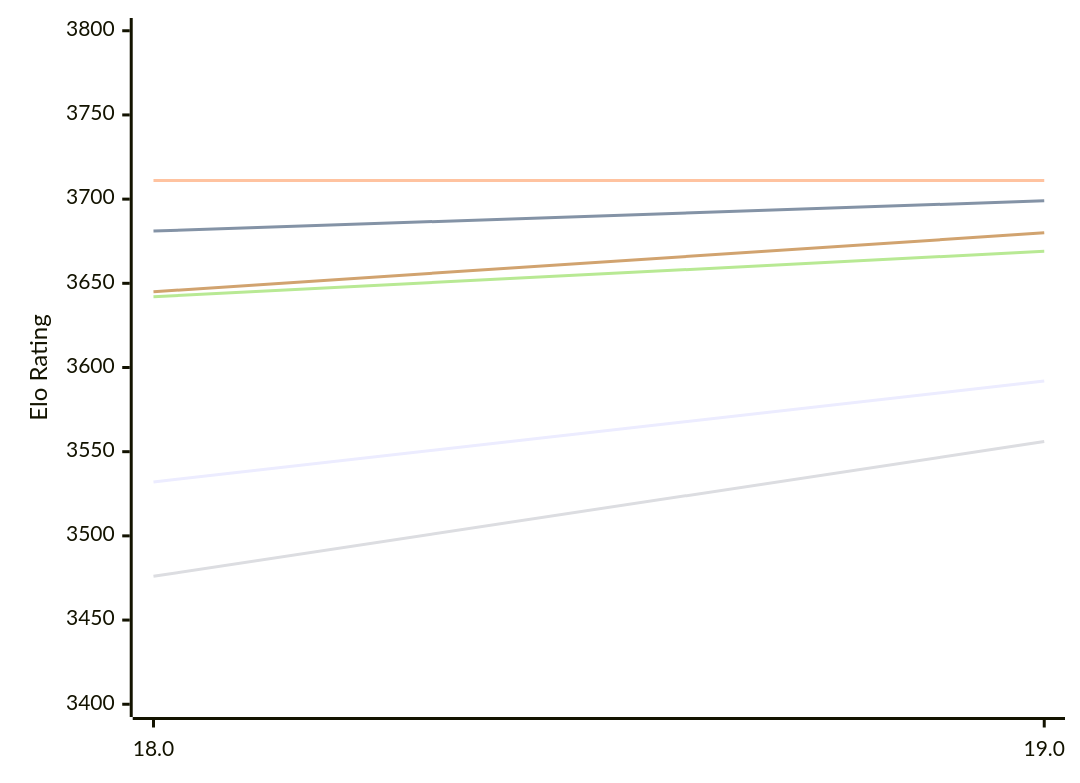
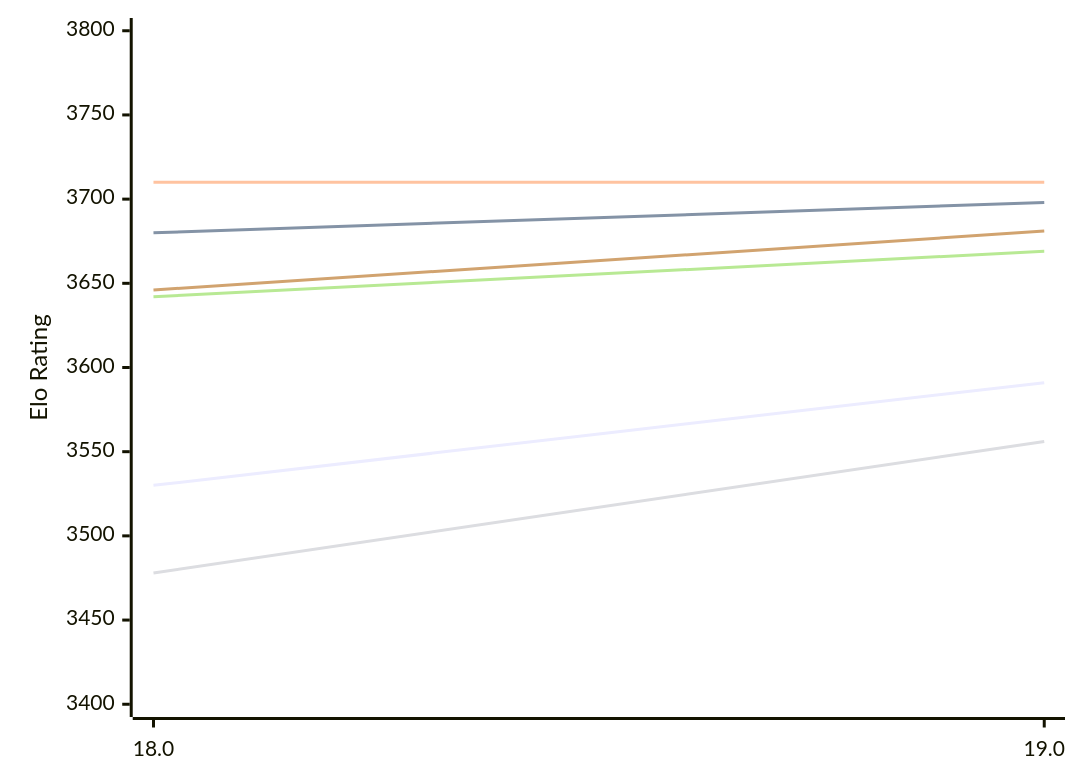
The first of 2 diagrams in engines/Stockfish.md (computer-chess-index/cci), drawn with Mermaid before and after one commit. The commit also changed other lines of this file, not shown here.

Commit message:
Update CCI Ratings (ELO VLTC) - 2026-11-28

````diff
--- a/engines/Stockfish.md
+++ b/engines/Stockfish.md
@@ -64,12 +64,12 @@
 ```mermaid
 %%{init: {"theme":"base","themeVariables":{"seriesColors:['#a3a3a3','#222221','#faa371']}}}%%
 xychart-beta
   x-axis ["18.0", "19.0"]
   y-axis "Elo Rating" 3400 --> 3800
-  line "E1: STC (8.0+0.08s)" [3532, 3592]
-  line "E1: LTC (60.0+0.60s)" [3681, 3699]
-  line "E1: VLTC (2m24s+1.12s)" [3711, 3711]
-  line "P1: STC (8.0+0.08s)" [3476, 3556]
+  line "E1: STC (8.0+0.08s)" [3530, 3591]
+  line "E1: LTC (60.0+0.60s)" [3680, 3698]
+  line "E1: VLTC (2m24s+1.12s)" [3710, 3710]
+  line "P1: STC (8.0+0.08s)" [3478, 3556]
   line "P1: LTC (60.0+0.60s)" [3642, 3669]
-  line "P1: VLTC (2m24s+1.12s)" [3645, 3680]
+  line "P1: VLTC (2m24s+1.12s)" [3646, 3681]
 ```
````
